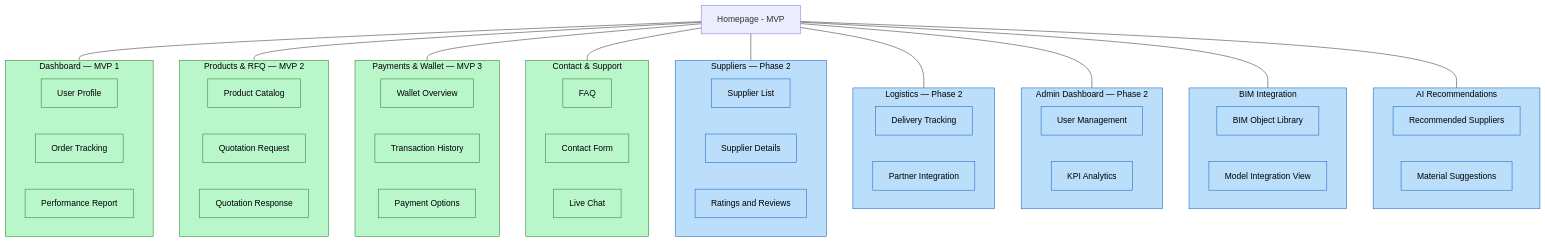
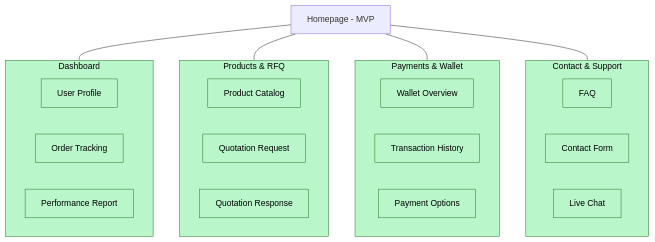
The first of 2 diagrams in README.md (Dopee0508/boombridge), drawn with Mermaid before and after one commit. The commit also changed other lines of this file, not shown here.

````diff
--- a/README.md
+++ b/README.md
@@ -13,19 +12,19 @@
 A[Homepage - MVP]
 
 %% --- MVP (High) ---
-subgraph B[Dashboard — MVP 1]
+subgraph B[Dashboard]
   B1[User Profile]
   B2[Order Tracking]
   B3[Performance Report]
 end
 
-subgraph C[Products & RFQ — MVP 2]
+subgraph C[Products & RFQ]
   C1[Product Catalog]
   C2[Quotation Request]
   C3[Quotation Response]
 end
 
-subgraph D[Payments & Wallet — MVP 3]
+subgraph D[Payments & Wallet]
   D1[Wallet Overview]
   D2[Transaction History]
   D3[Payment Options]
@@ -37,56 +36,20 @@
   E3[Live Chat]
 end
 
-%% --- Phase 2 (Medium) ---
-subgraph F[Suppliers — Phase 2]
-  F1[Supplier List]
-  F2[Supplier Details]
-  F3[Ratings and Reviews]
-end
-
-subgraph G[Logistics — Phase 2]
-  G1[Delivery Tracking]
-  G2[Partner Integration]
-end
-
-subgraph H[Admin Dashboard — Phase 2]
-  H1[User Management]
-  H2[KPI Analytics]
-end
-
-%% --- Future (Low) ---
-subgraph I[BIM Integration]
-  I1[BIM Object Library]
-  I2[Model Integration View]
-end
-
-subgraph J[AI Recommendations]
-  J1[Recommended Suppliers]
-  J2[Material Suggestions]
-end
-
 %% Top-level links from Homepage (kept light; subgraphs show containment)
 A --- B
 A --- C
 A --- D
 A --- E
-A --- F
-A --- G
-A --- H
-A --- I
-A --- J
 
 %% =========================
 %% Color styles by priority
 %% =========================
 classDef high   fill:#b9f6ca,stroke:#2e7d32,stroke-width:1px,color:#000;
-classDef medium fill:#fff59d,stroke:#f9a825,stroke-width:1px,color:#000;
 classDef low    fill:#bbdefb,stroke:#1565c0,stroke-width:1px,color:#000;
 
 %% Apply to section headers (and their inner nodes for broader effect)
 class B,C,D,E high;
-class F,G,H,I,J low;
 
 class B1,B2,B3,C1,C2,C3,D1,D2,D3,E1,E2,E3 high;
-class F1,F2,F3,G1,G2,H1,H2,I1,I2,J1,J2 low;
 ```
````
